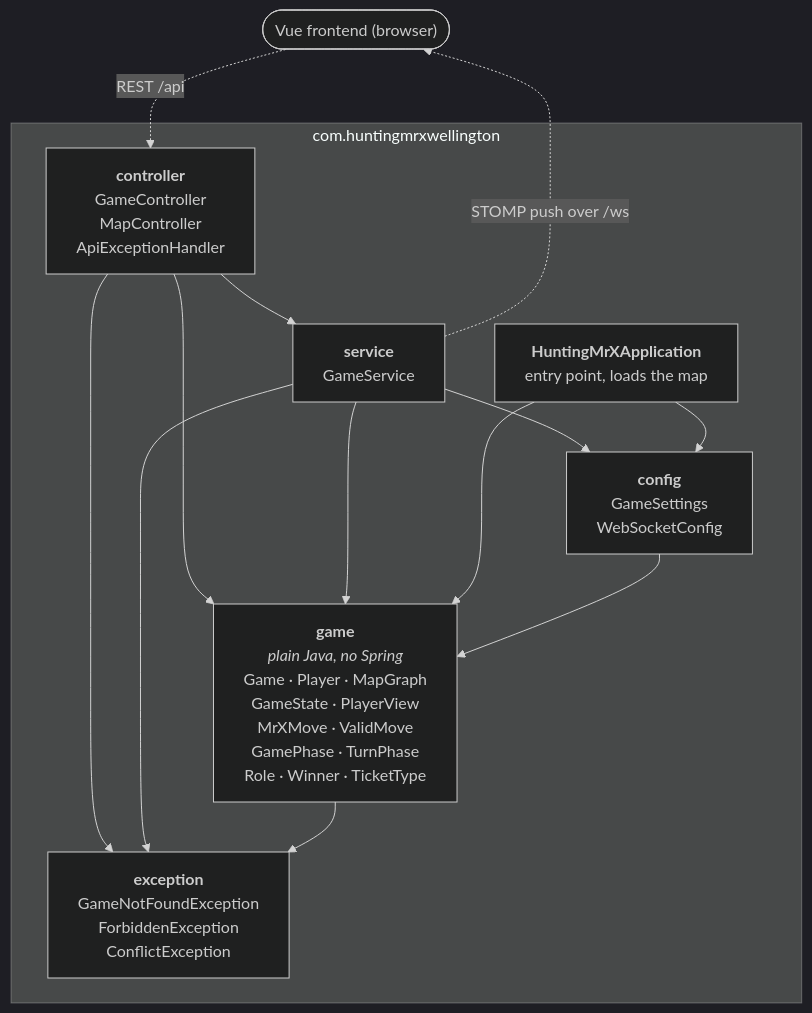
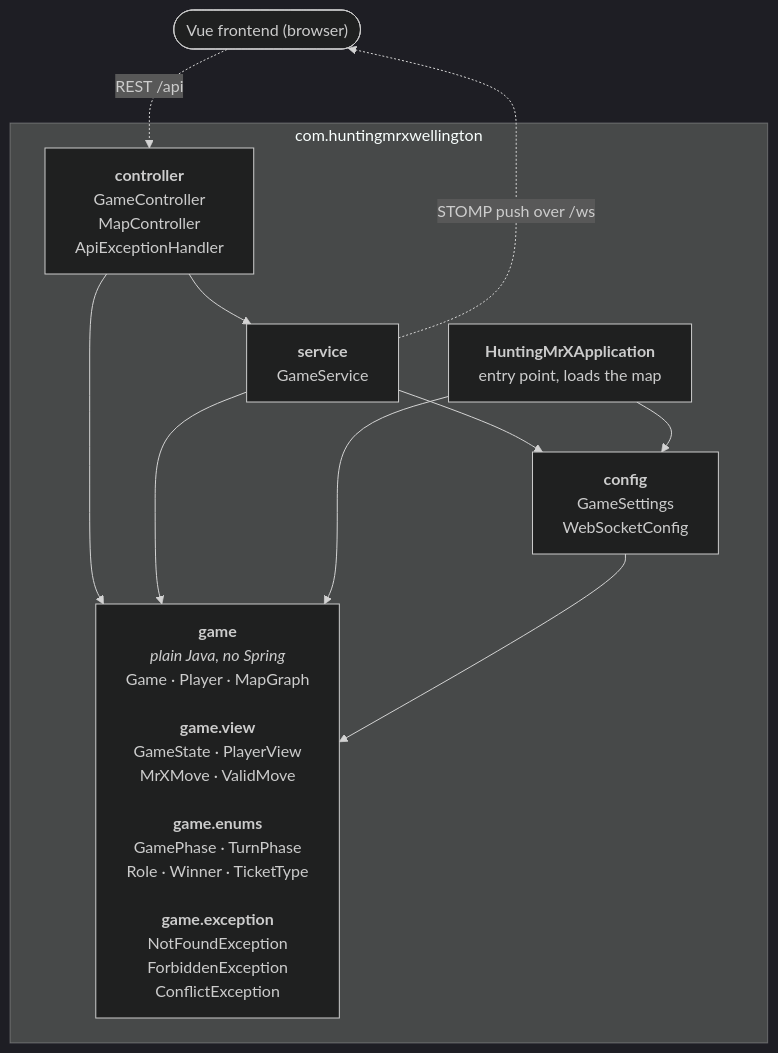
Before and after one commit to Ming-Bao/HuntingMrX: the first of 3 diagrams in documentation/plans/class-graph.md, drawn with Mermaid (dark theme). The commit also changed other lines of this file and 42 other files, not shown here.

````diff
--- a/documentation/plans/class-graph.md
+++ b/documentation/plans/class-graph.md
@@ -9,26 +9,22 @@
 ```mermaid
 flowchart TB
     client(["Vue frontend (browser)"])
 
     subgraph backend["com.huntingmrxwellington"]
         app["<b>HuntingMrXApplication</b><br/>entry point, loads the map"]
         controller["<b>controller</b><br/>GameController<br/>MapController<br/>ApiExceptionHandler"]
         service["<b>service</b><br/>GameService"]
         config["<b>config</b><br/>GameSettings<br/>WebSocketConfig"]
-        game["<b>game</b><br/><i>plain Java, no Spring</i><br/>Game · Player · MapGraph<br/>GameState · PlayerView<br/>MrXMove · ValidMove<br/>GamePhase · TurnPhase<br/>Role · Winner · TicketType"]
-        exception["<b>exception</b><br/>GameNotFoundException<br/>ForbiddenException<br/>ConflictException"]
+        game["<b>game</b><br/><i>plain Java, no Spring</i><br/>Game · Player · MapGraph<br/><br/><b>game.view</b><br/>GameState · PlayerView<br/>MrXMove · ValidMove<br/><br/><b>game.enums</b><br/>GamePhase · TurnPhase<br/>Role · Winner · TicketType<br/><br/><b>game.exception</b><br/>NotFoundException<br/>ForbiddenException<br/>ConflictException"]
     end
 
     client -. "REST /api" .-> controller
     service -. "STOMP push over /ws" .-> client
     controller --> service
     controller --> game
-    controller --> exception
     service --> config
     service --> game
-    service --> exception
     app --> config
     app --> game
     config --> game
-    game --> exception
 ```
````
